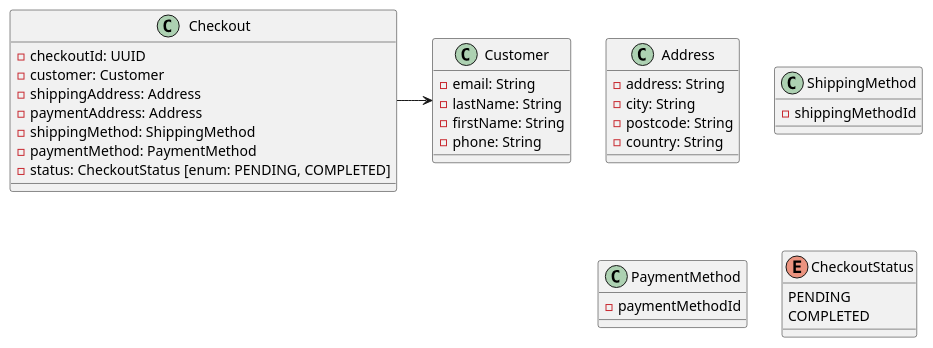
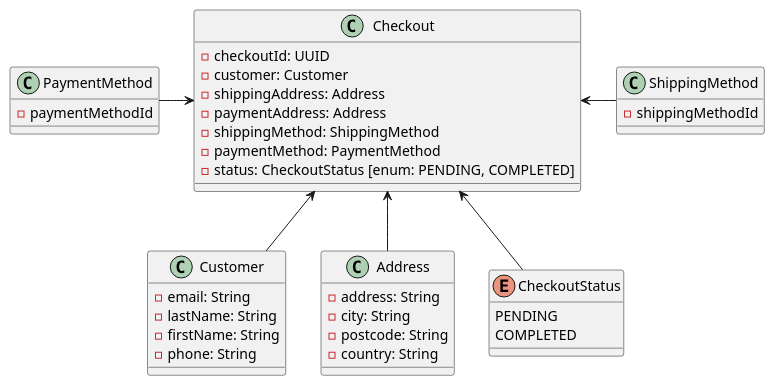
Before and after one commit to szabolaszlo/storefrontdemo: the first of 2 diagrams in Checkout/App/docs/api.adoc, drawn with PlantUML.

Commit message:
plantuml update

```diff
--- a/Checkout/App/docs/api.adoc
+++ b/Checkout/App/docs/api.adoc
@@ -73,41 +73,45 @@
 [plantuml]
 ----
 class Checkout {
     - checkoutId: UUID
     - customer: Customer
     - shippingAddress: Address
     - paymentAddress: Address
     - shippingMethod: ShippingMethod
     - paymentMethod: PaymentMethod
     - status: CheckoutStatus [enum: PENDING, COMPLETED]
 }
 
 class Customer {
     - email: String
     - lastName: String
     - firstName: String
     - phone: String
 }
 
 class Address {
     - address: String
     - city: String
     - postcode: String
     - country: String
 }
 
 class ShippingMethod {
     - shippingMethodId
 }
 
 class PaymentMethod {
     - paymentMethodId
 }
 
 enum CheckoutStatus {
     PENDING
     COMPLETED
 }
 
-Checkout -> Customer
+Checkout <-- Customer
+Checkout <-- Address
+Checkout <- ShippingMethod
+PaymentMethod -> Checkout
+Checkout <-- CheckoutStatus
 ----
```
